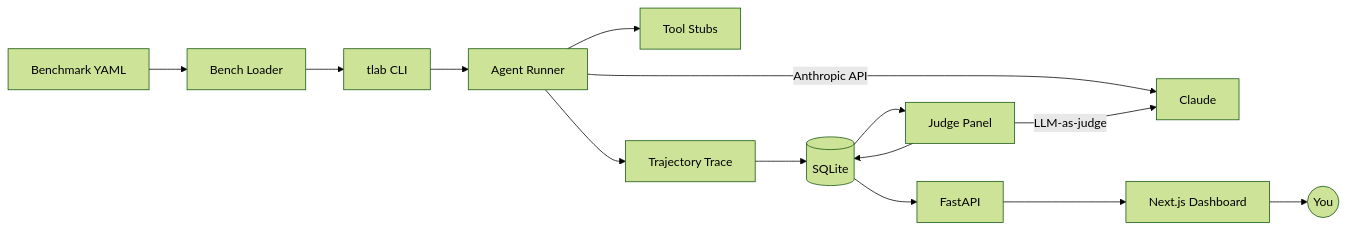
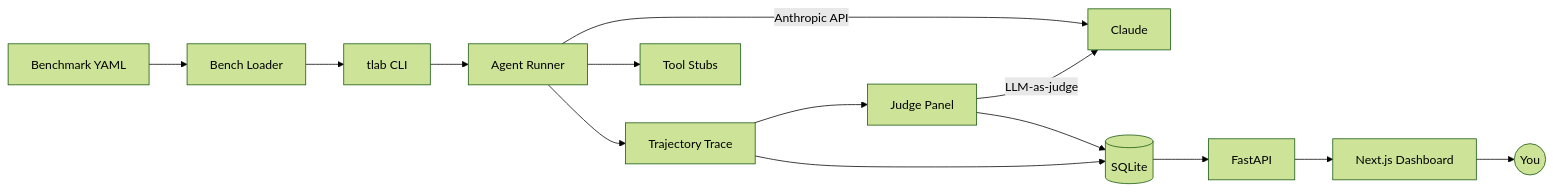
Before and after one commit to RitikPatill/trajectory-lab: the diagram in README.md, drawn with Mermaid (forest theme). The commit also changed other lines of this file and 10 other files, not shown here.

````diff
--- a/README.md
+++ b/README.md
@@ -47,16 +53,16 @@
 ```mermaid
 flowchart LR
     YAML[Benchmark YAML] --> Loader[Bench Loader]
     Loader --> CLI[tlab CLI]
     CLI --> Runner[Agent Runner]
     Runner -->|Anthropic API| Claude[Claude]
     Runner --> Tools[Tool Stubs]
     Runner --> Trace[Trajectory Trace]
+    Trace --> Judges[Judge Panel]
+    Judges -->|LLM-as-judge| Claude
     Trace --> Store[(SQLite)]
-    Store --> Judges[Judge Panel]
-    Judges -->|LLM-as-judge| Claude
     Judges --> Store
     Store --> API[FastAPI]
     API --> UI[Next.js Dashboard]
     UI --> User((You))
 ```
````
